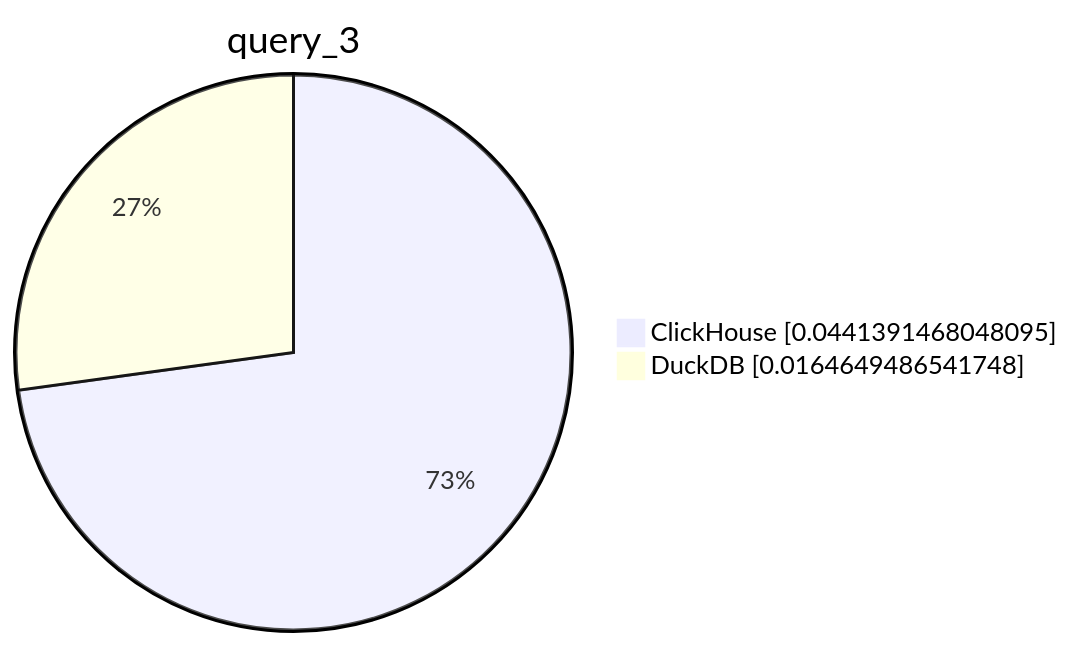
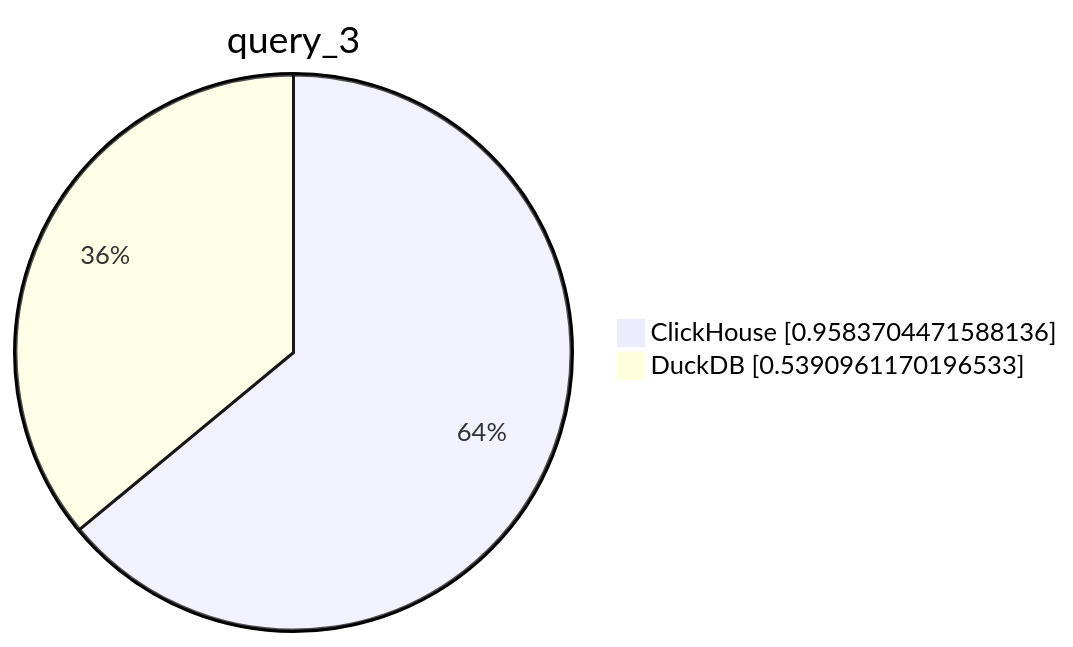
The fourth of 10 diagrams in parquet/performance/performance_reports/results.md (Altinity/clickhouse-regression), drawn with Mermaid before and after one commit. The commit also changed other lines of this file and 1 other file, not shown here.

````diff
--- a/parquet/performance/performance_reports/results.md
+++ b/parquet/performance/performance_reports/results.md
@@ -28,6 +28,6 @@
 ```mermaid
      pie showData
          title query_3
-         "ClickHouse" : 0.0441391468048095
-         "DuckDB" : 0.0164649486541748
+         "ClickHouse" : 0.9583704471588136
+         "DuckDB" : 0.5390961170196533
 ```
````
